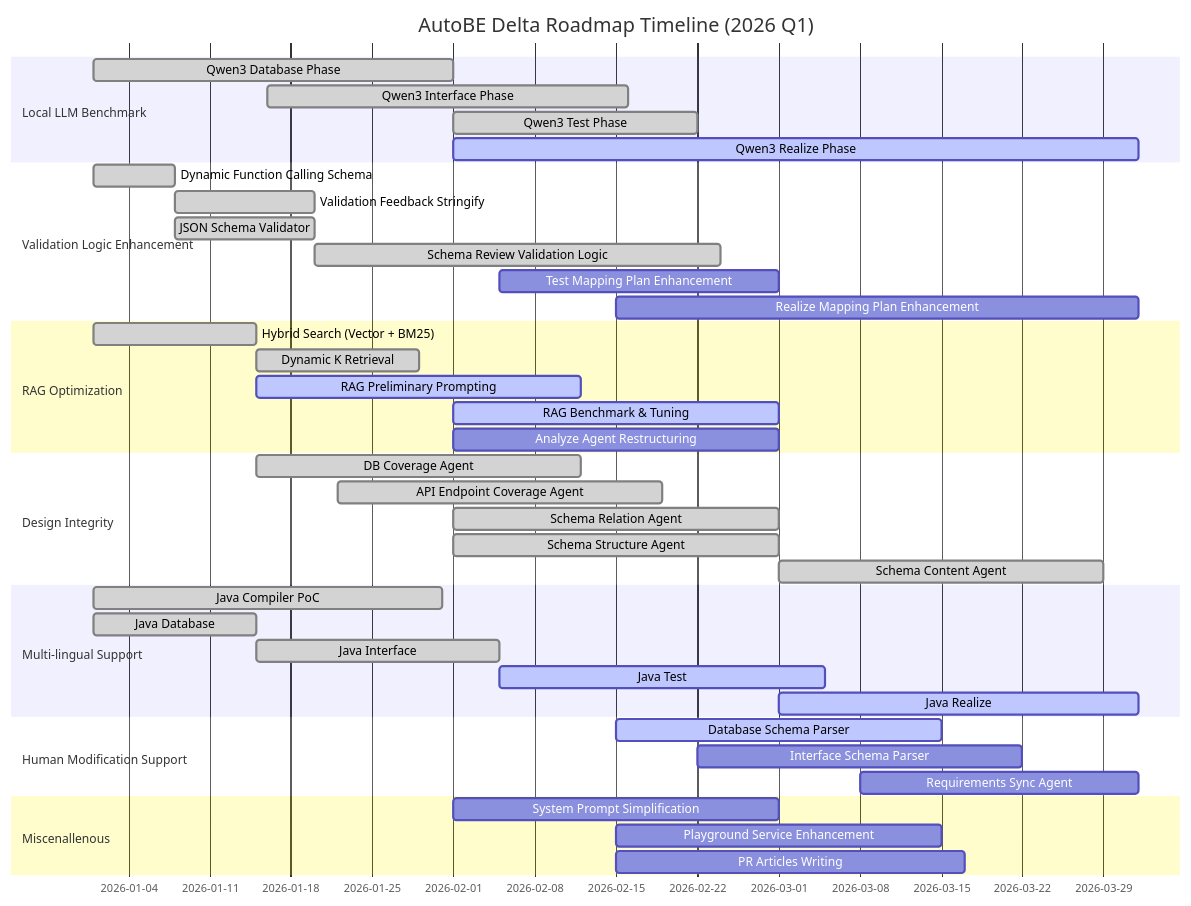
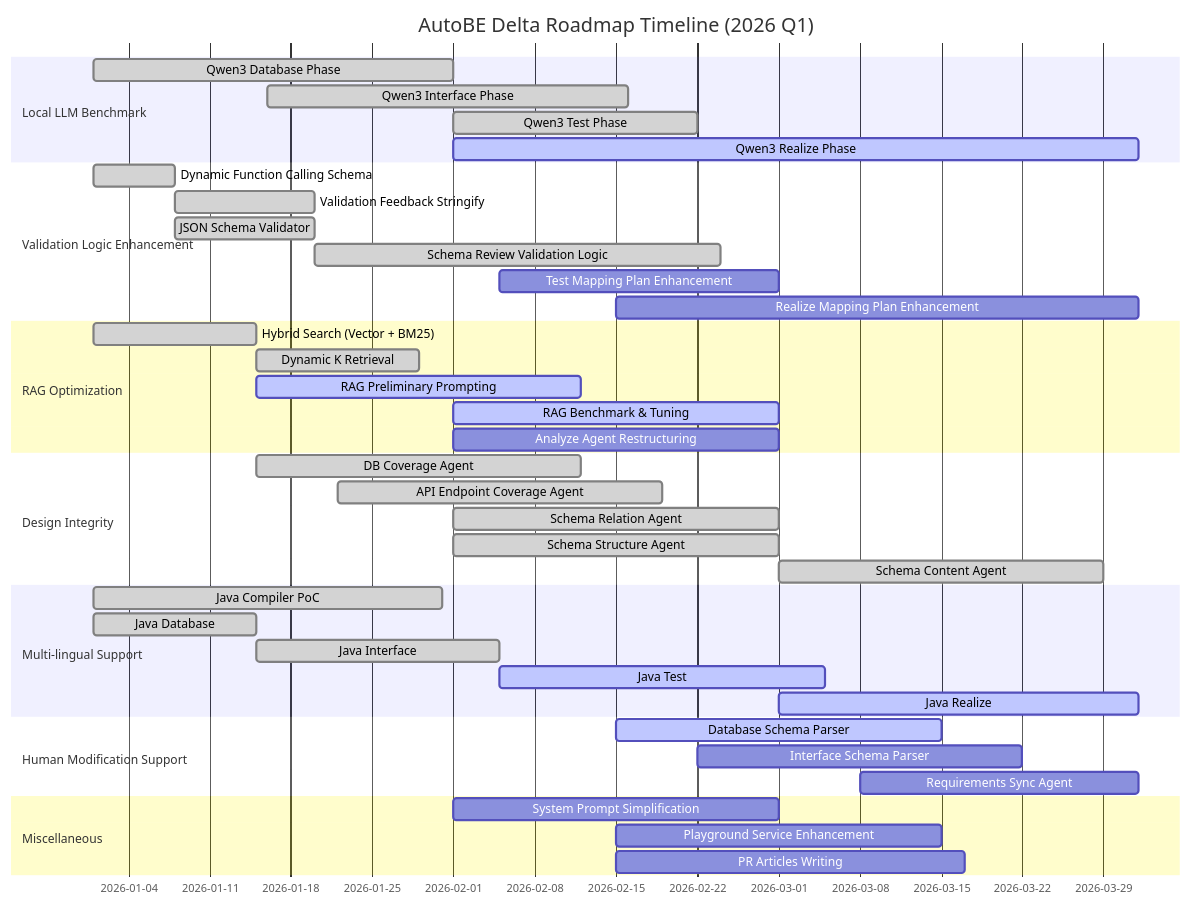
The second of 2 diagrams in README.md (wrtnlabs/autobe), drawn with Mermaid before and after one commit.

````diff
--- a/README.md
+++ b/README.md
@@ -176,50 +176,50 @@
 ```mermaid
 gantt
   dateFormat YYYY-MM-DD
   title AutoBE Delta Roadmap Timeline (2026 Q1)
 
   section Local LLM Benchmark
   Qwen3 Database Phase             : done,    2026-01-01, 31d
   Qwen3 Interface Phase            : done,    2026-01-16, 31d
   Qwen3 Test Phase                 : done,    2026-02-01, 21d
   Qwen3 Realize Phase              : active,  2026-02-01, 59d
 
   section Validation Logic Enhancement
   Dynamic Function Calling Schema  : done,    2026-01-01, 7d
   Validation Feedback Stringify    : done,    2026-01-08, 12d
   JSON Schema Validator            : done,    2026-01-08, 12d
   Schema Review Validation Logic   : done,    2026-01-20, 35d
   Test Mapping Plan Enhancement    : planned, 2026-02-05, 24d
   Realize Mapping Plan Enhancement : planned, 2026-02-15, 45d
 
   section RAG Optimization
   Hybrid Search (Vector + BM25)    : done,    2026-01-01, 14d
   Dynamic K Retrieval              : done,    2026-01-15, 14d
   RAG Preliminary Prompting        : active,  2026-01-15, 28d
   RAG Benchmark & Tuning           : active,  2026-02-01, 28d
   Analyze Agent Restructuring      : planned, 2026-02-01, 28d
 
   section Design Integrity
   DB Coverage Agent                : done,    2026-01-15, 28d
   API Endpoint Coverage Agent      : done,    2026-01-22, 28d
   Schema Relation Agent            : done,    2026-02-01, 28d
   Schema Structure Agent           : done,    2026-02-01, 28d
   Schema Content Agent             : done,    2026-03-01, 28d
 
   section Multi-lingual Support
   Java Compiler PoC                : done,    2026-01-01, 30d
   Java Database                    : done,    2026-01-01, 14d
   Java Interface                   : done,    2026-01-15, 21d
   Java Test                        : active,  2026-02-05, 28d
   Java Realize                     : active,  2026-03-01, 31d
 
   section Human Modification Support
   Database Schema Parser           : active,  2026-02-15, 28d
   Interface Schema Parser          : planned, 2026-02-22, 28d
   Requirements Sync Agent          : planned, 2026-03-08, 24d
 
-  section Miscenallenous
+  section Miscellaneous
   System Prompt Simplification     : planned, 2026-02-01, 28d
   Playground Service Enhancement   : planned, 2026-02-15, 28d
   PR Articles Writing              : planned, 2026-02-15, 30d
 ```
````
